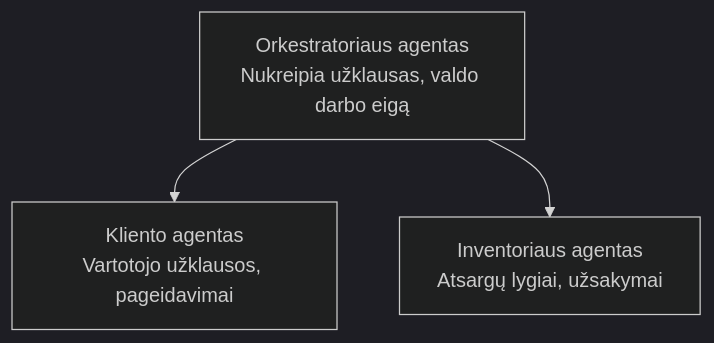
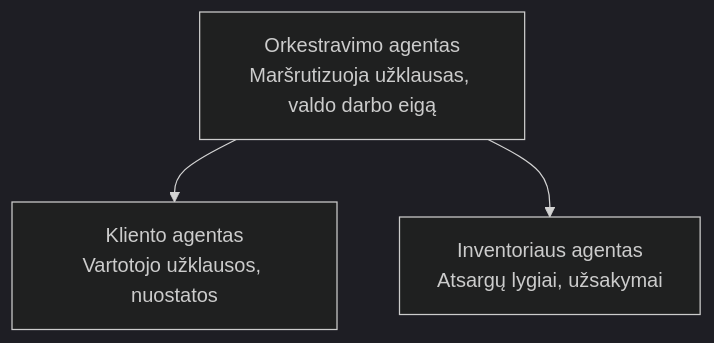
One commit to microsoft/AZD-for-beginners changed the diagram in translations/lt/docs/chapter-05-multi-agent/README.md. Above: the diagram before and after it, drawn with Mermaid (dark theme). The commit also changed other lines of this file and 59 other files, not shown here.

````diff
--- a/translations/lt/docs/chapter-05-multi-agent/README.md
+++ b/translations/lt/docs/chapter-05-multi-agent/README.md
@@ -54,5 +54,5 @@
 ```mermaid
 graph TD
-    Orchestrator[Orkestratoriaus agentas<br/>Nukreipia užklausas, valdo darbo eigą] --> Customer[Kliento agentas<br/>Vartotojo užklausos, pageidavimai]
+    Orchestrator[Orkestravimo agentas<br/>Maršrutizuoja užklausas, valdo darbo eigą] --> Customer[Kliento agentas<br/>Vartotojo užklausos, nuostatos]
     Orchestrator --> Inventory[Inventoriaus agentas<br/>Atsargų lygiai, užsakymai]
 ```
````
